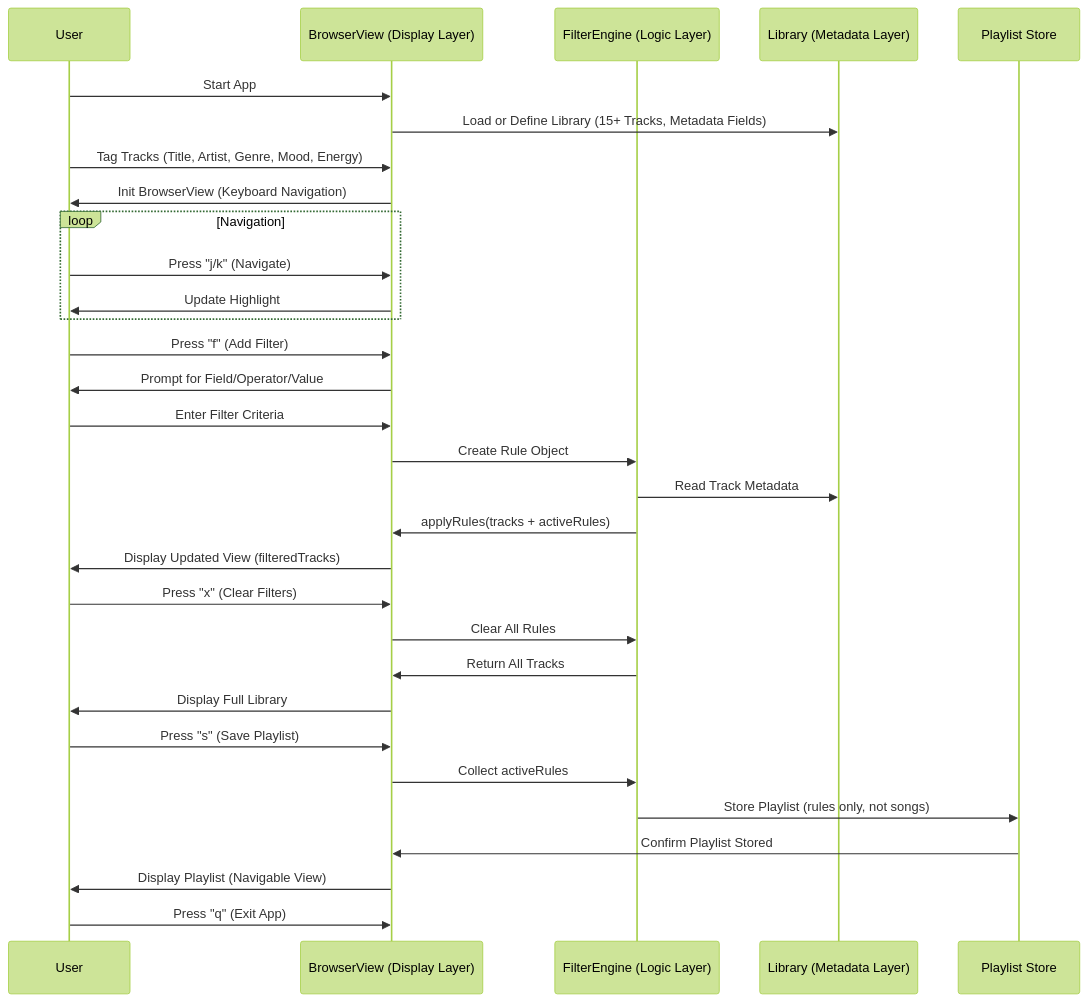
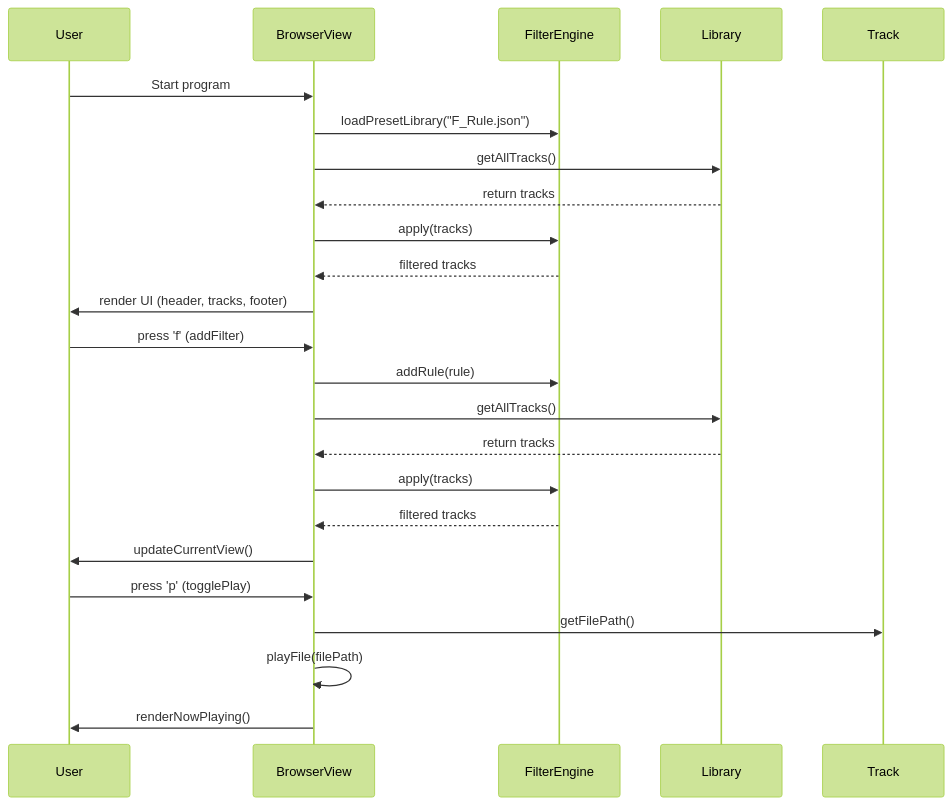
One commit to BSCpE-2-Software-Design/Libretto changed the second of 2 diagrams in README.md. Above: the diagram before and after it, drawn with Mermaid (forest theme). The commit also changed other lines of this file, not shown here.

Commit message:
Update the Sequence and Class Diagram

````diff
--- a/README.md
+++ b/README.md
@@ -114,40 +101,30 @@
 ```mermaid
 sequenceDiagram
     participant User
-    participant UI as BrowserView (Display Layer)
-    participant FilterEngine as FilterEngine (Logic Layer)
-    participant Library as Library (Metadata Layer)
-    participant Playlist as Playlist Store
+    participant BrowserView
+    participant FilterEngine
+    participant Library
+    participant Track
 
-    User->>UI: Start App
-    UI->>Library: Load or Define Library (15+ Tracks, Metadata Fields)
-    User->>UI: Tag Tracks (Title, Artist, Genre, Mood, Energy)
-    UI->>User: Init BrowserView (Keyboard Navigation)
+    User->>BrowserView: Start program
+    BrowserView->>FilterEngine: loadPresetLibrary("F_Rule.json")
+    BrowserView->>Library: getAllTracks()
+    Library-->>BrowserView: return tracks
+    BrowserView->>FilterEngine: apply(tracks)
+    FilterEngine-->>BrowserView: filtered tracks
+    BrowserView->>User: render UI (header, tracks, footer)
 
-    loop Navigation
-        User->>UI: Press "j/k" (Navigate)
-        UI->>User: Update Highlight
-    end
+    User->>BrowserView: press 'f' (addFilter)
+    BrowserView->>FilterEngine: addRule(rule)
+    BrowserView->>Library: getAllTracks()
+    Library-->>BrowserView: return tracks
+    BrowserView->>FilterEngine: apply(tracks)
+    FilterEngine-->>BrowserView: filtered tracks
+    BrowserView->>User: updateCurrentView()
 
-    User->>UI: Press "f" (Add Filter)
-    UI->>User: Prompt for Field/Operator/Value
-    User->>UI: Enter Filter Criteria
-    UI->>FilterEngine: Create Rule Object
-    FilterEngine->>Library: Read Track Metadata
-    FilterEngine->>UI: applyRules(tracks + activeRules)
-    UI->>User: Display Updated View (filteredTracks)
-
-    User->>UI: Press "x" (Clear Filters)
-    UI->>FilterEngine: Clear All Rules
-    FilterEngine->>UI: Return All Tracks
-    UI->>User: Display Full Library
-
-    User->>UI: Press "s" (Save Playlist)
-    UI->>FilterEngine: Collect activeRules
-    FilterEngine->>Playlist: Store Playlist (rules only, not songs)
-    Playlist->>UI: Confirm Playlist Stored
-    UI->>User: Display Playlist (Navigable View)
-
-    User->>UI: Press "q" (Exit App)
+    User->>BrowserView: press 'p' (togglePlay)
+    BrowserView->>Track: getFilePath()
+    BrowserView->>BrowserView: playFile(filePath)
+    BrowserView->>User: renderNowPlaying()
 
 ```
````
